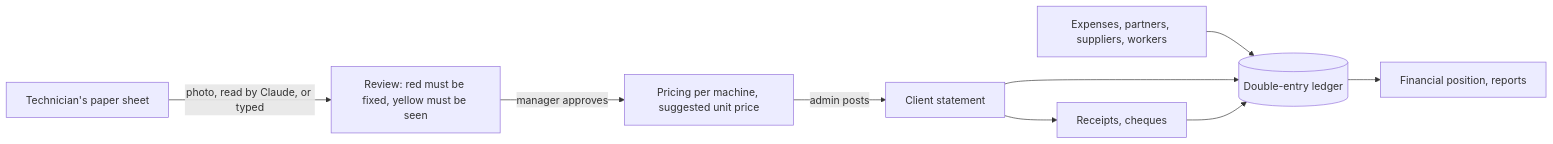
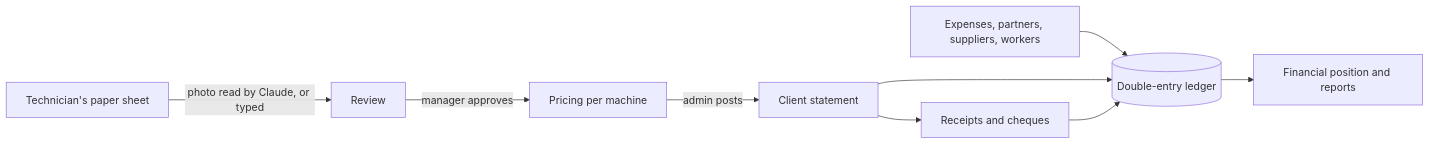
One commit to kaream1adel/Sheet-Metal-APP changed the diagram in README.md. Above: the diagram before and after it, drawn with Mermaid. The commit also changed other lines of this file and 4 other files, not shown here.

````diff
--- a/README.md
+++ b/README.md
@@ -23,11 +22,11 @@
 ```mermaid
 flowchart LR
-  A[Technician's paper sheet] -->|photo, read by Claude, or typed| B[Review: red must be fixed, yellow must be seen]
-  B -->|manager approves| C[Pricing per machine, suggested unit price]
+  A[Technician's paper sheet] -->|photo read by Claude, or typed| B[Review]
+  B -->|manager approves| C[Pricing per machine]
   C -->|admin posts| D[Client statement]
-  D --> E[Receipts, cheques]
+  D --> E[Receipts and cheques]
   F[Expenses, partners, suppliers, workers] --> G[(Double-entry ledger)]
   D --> G
   E --> G
-  G --> H[Financial position, reports]
+  G --> H[Financial position and reports]
 ```
````
